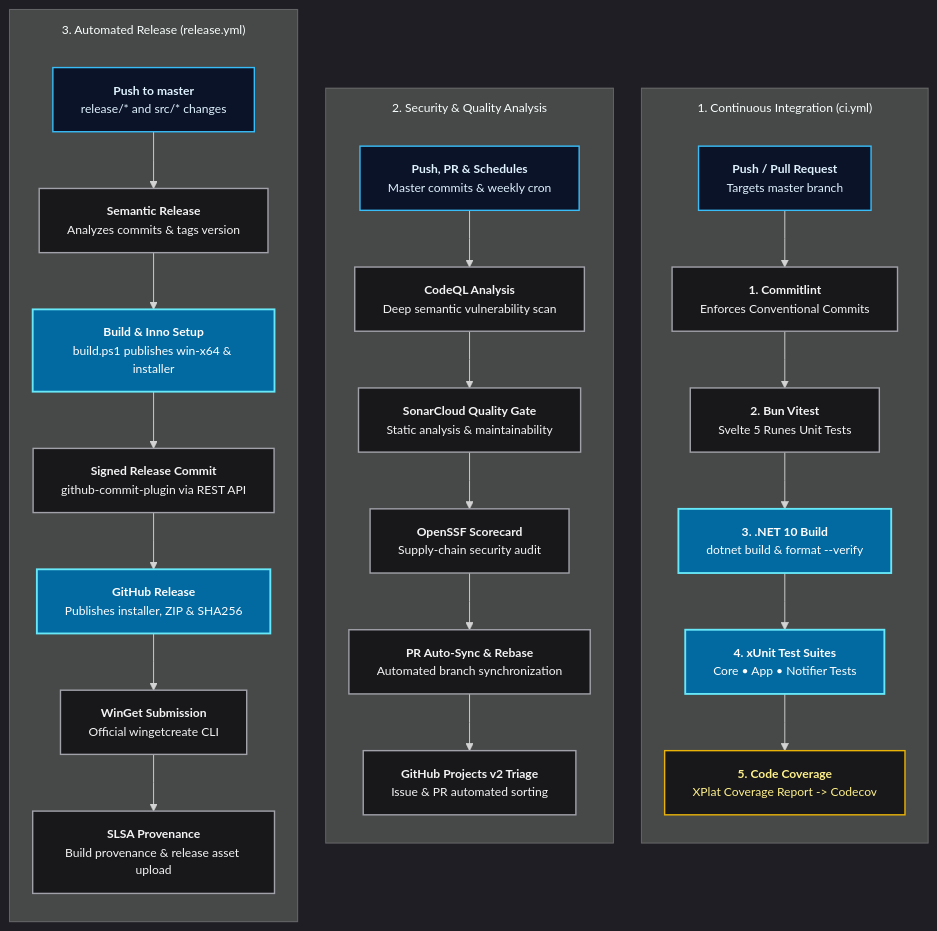
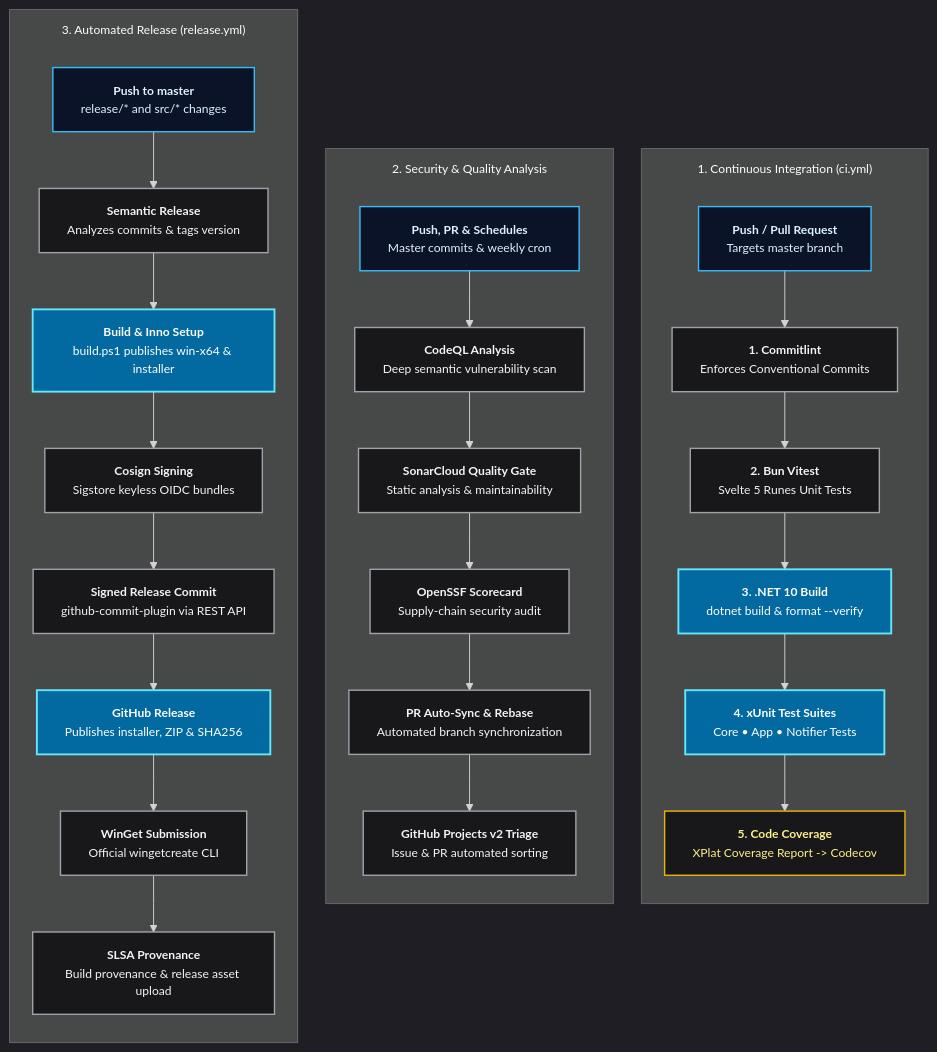
Before and after one commit to Nicconike/LocalTelemetry: the diagram in docs/latest/developer-guide/ci-cd.md, drawn with Mermaid. The commit also changed other lines of this file and 32 other files, not shown here.

Commit message:
refactor(quality): decompose complex methods and resolve Sonar code smells

````diff
--- a/docs/latest/developer-guide/ci-cd.md
+++ b/docs/latest/developer-guide/ci-cd.md
@@ -23,66 +23,68 @@
 ```mermaid
 %%{init: {'theme': 'dark', 'themeVariables': {'fontSize': '13px'}, 'flowchart': {'nodeSpacing': 30, 'rankSpacing': 36, 'subGraphTitleMargin': {'top': 12, 'bottom': 20}, 'curve': 'linear'}}}%%
 flowchart TD
     %% COLUMN 1: CONTINUOUS INTEGRATION
     subgraph TrackCI["1. Continuous Integration (ci.yml)"]
         direction TB
         TriggerCI["<b>Push / Pull Request</b><br/>Targets master branch"]
         Commitlint["<b>1. Commitlint</b><br/>Enforces Conventional Commits"]
         Vitest["<b>2. Bun Vitest</b><br/>Svelte 5 Runes Unit Tests"]
         DotNetBuild["<b>3. .NET 10 Build</b><br/>dotnet build & format --verify"]
         DotNetTest["<b>4. xUnit Test Suites</b><br/>Core • App • Notifier Tests"]
         Coverage["<b>5. Code Coverage</b><br/>XPlat Coverage Report -> Codecov"]
 
         TriggerCI --> Commitlint
         Commitlint --> Vitest
         Vitest --> DotNetBuild
         DotNetBuild --> DotNetTest
         DotNetTest --> Coverage
     end
 
     %% COLUMN 2: CODE QUALITY & SECURITY
     subgraph TrackQuality["2. Security & Quality Analysis"]
         direction TB
         TriggerQuality["<b>Push, PR & Schedules</b><br/>Master commits & weekly cron"]
         CodeQL["<b>CodeQL Analysis</b><br/>Deep semantic vulnerability scan"]
         Sonar["<b>SonarCloud Quality Gate</b><br/>Static analysis & maintainability"]
         Scorecard["<b>OpenSSF Scorecard</b><br/>Supply-chain security audit"]
         SyncPR["<b>PR Auto-Sync & Rebase</b><br/>Automated branch synchronization"]
         Triage["<b>GitHub Projects v2 Triage</b><br/>Issue & PR automated sorting"]
 
         TriggerQuality --> CodeQL
         CodeQL --> Sonar
         Sonar --> Scorecard
         Scorecard --> SyncPR
         SyncPR --> Triage
     end
 
     %% COLUMN 3: AUTOMATED RELEASE PIPELINE
     subgraph TrackRelease["3. Automated Release (release.yml)"]
         direction TB
         TriggerRelease["<b>Push to master</b><br/>release/* and src/* changes"]
         SemRel["<b>Semantic Release</b><br/>Analyzes commits & tags version"]
         BuildPkg["<b>Build & Inno Setup</b><br/>build.ps1 publishes win-x64 & installer"]
+        CosignSign["<b>Cosign Signing</b><br/>Sigstore keyless OIDC bundles"]
         SignedCommit["<b>Signed Release Commit</b><br/>github-commit-plugin via REST API"]
         GHRelease["<b>GitHub Release</b><br/>Publishes installer, ZIP & SHA256"]
         WinGet["<b>WinGet Submission</b><br/>Official wingetcreate CLI"]
         Attestation["<b>SLSA Provenance</b><br/>Build provenance & release asset upload"]
 
         TriggerRelease --> SemRel
         SemRel --> BuildPkg
-        BuildPkg --> SignedCommit
+        BuildPkg --> CosignSign
+        CosignSign --> SignedCommit
         SignedCommit --> GHRelease
         GHRelease --> WinGet
         WinGet --> Attestation
     end
 
     class TriggerCI,TriggerQuality,TriggerRelease triggerNode
-    class Commitlint,Vitest,CodeQL,Sonar,Scorecard,SyncPR,Triage,SemRel,SignedCommit,WinGet,Attestation stepNode
+    class Commitlint,Vitest,CodeQL,Sonar,Scorecard,SyncPR,Triage,SemRel,CosignSign,SignedCommit,WinGet,Attestation stepNode
     class DotNetBuild,DotNetTest,BuildPkg,GHRelease buildNode
     class Coverage dataNode
 
     classDef triggerNode fill:#0b1329,stroke:#38bdf8,stroke-width:1.5px,color:#e0f2fe
     classDef stepNode fill:#18181b,stroke:#a1a1aa,stroke-width:1.5px,color:#f4f4f5
     classDef buildNode fill:#0369a1,stroke:#67e8f9,stroke-width:2px,color:#ffffff
     classDef dataNode fill:#18181b,stroke:#eab308,stroke-width:1.5px,color:#fef08a
 ```
````
